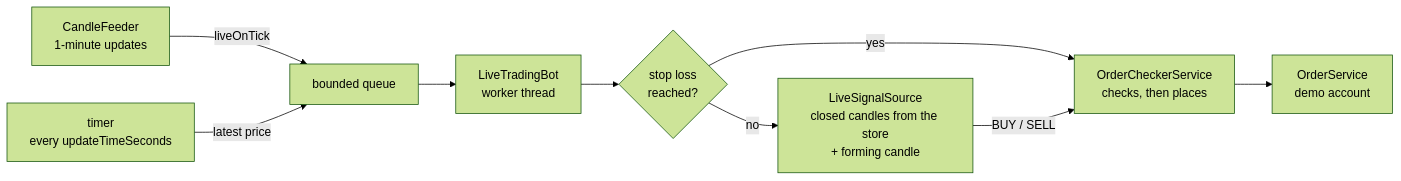
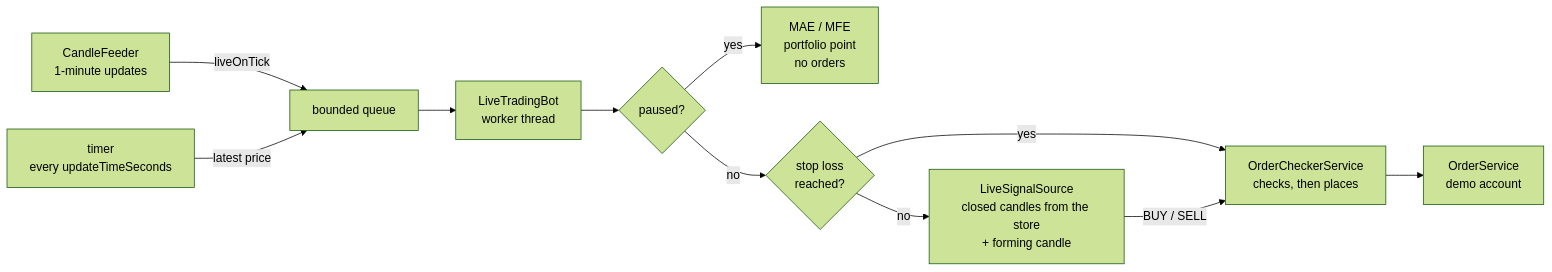
Before and after one commit to ShadowOfDiablo/t212-coding-task: diagram 29 of 32 in docs/ARCHITECTURE.md, drawn with Mermaid (forest theme). The commit also changed other lines of this file and 336 other files, not shown here.

````diff
--- a/docs/ARCHITECTURE.md
+++ b/docs/ARCHITECTURE.md
@@ -1394,11 +1405,13 @@
 ```mermaid
 flowchart LR
     Feeder["CandleFeeder<br/>1-minute updates"] -- "liveOnTick" --> Queue["bounded queue"]
     Timer["timer<br/>every updateTimeSeconds"] -- "latest price" --> Queue
     Queue --> Worker["LiveTradingBot<br/>worker thread"]
-    Worker --> Stop{"stop loss<br/>reached?"}
+    Worker --> Paused{"paused?"}
+    Paused -- yes --> Track["MAE / MFE<br/>portfolio point<br/>no orders"]
+    Paused -- no --> Stop{"stop loss<br/>reached?"}
     Stop -- yes --> Placer["OrderCheckerService<br/>checks, then places"]
     Stop -- no --> Source["LiveSignalSource<br/>closed candles from the store<br/>+ forming candle"]
     Source -- "BUY / SELL" --> Placer
     Placer --> Orders["OrderService<br/>demo account"]
 ```
````
